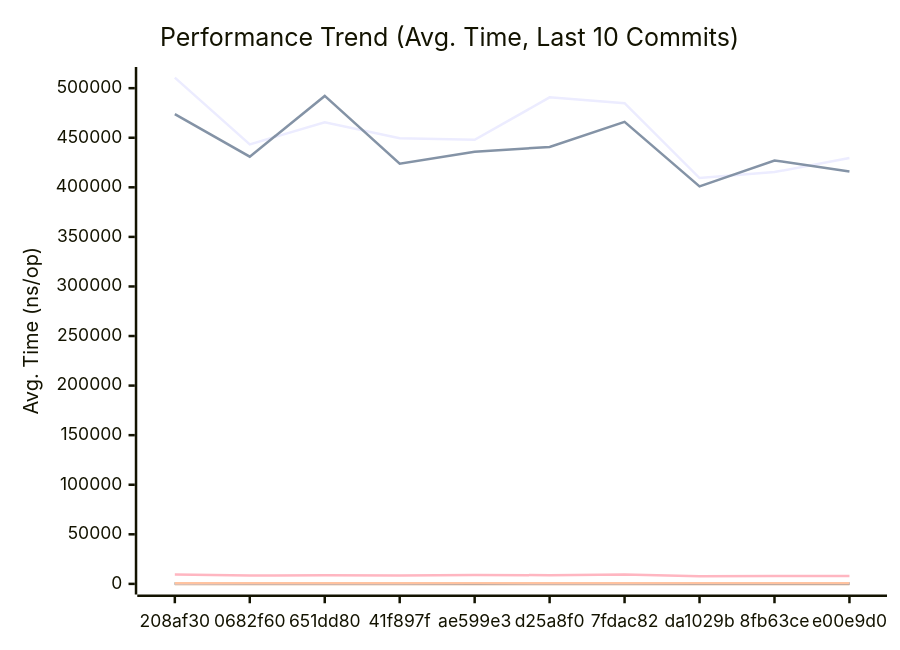
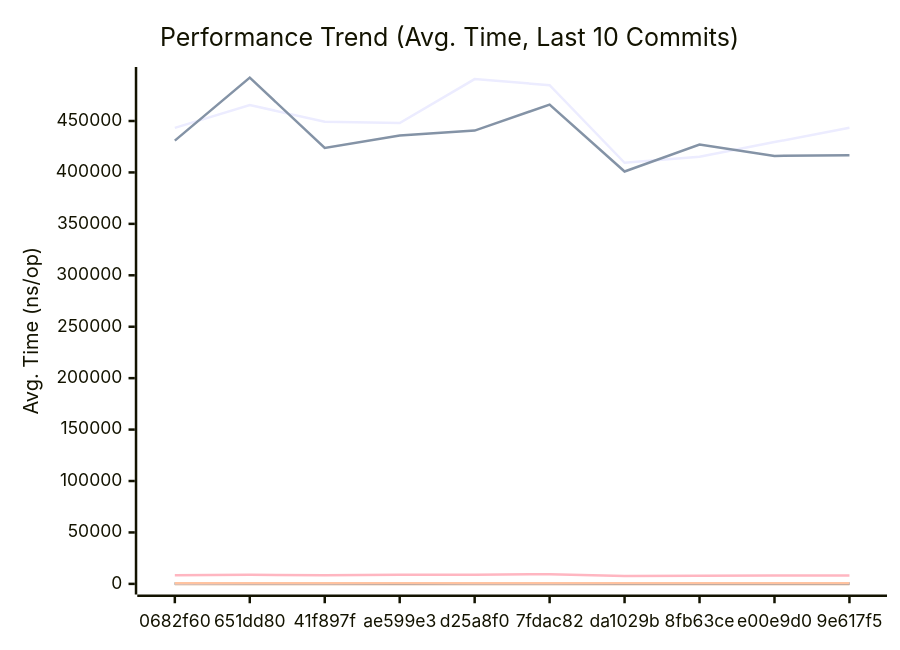
One commit to alsotoes/momo changed the first of 3 diagrams in docs/PERFORMANCE.md. Above: the diagram before and after it, drawn with Mermaid. The commit also changed other lines of this file and 1 other file, not shown here.

````diff
--- a/docs/PERFORMANCE.md
+++ b/docs/PERFORMANCE.md
@@ -145,20 +145,20 @@
 ```mermaid
 xychart-beta
     title "Performance Trend (Avg. Time, Last 10 Commits)"
     x-axis "Commit"
     y-axis "Avg. Time (ns/op)"
-    x-axis [208af30,0682f60,651dd80,41f897f,ae599e3,d25a8f0,7fdac82,da1029b,8fb63ce,e00e9d0]
-    line "AWSChunkedReaderSigned" [510634,443312,465495,449386,448000,490719,484836,409335,415353,429495]
-    line "AWSChunkedReaderUnsigned" [473850,430915,492166,423737,435828,440689,465971,400921,427097,416046]
-    line "CheckMetricsAndSwap" [10,9,8,8,9,8,10,7,8,8]
-    line "CrushOptimized" [377,292,388,386,330,354,427,297,293,318]
-    line "CrushOriginal" [535,424,557,423,425,439,459,396,411,411]
+    x-axis [0682f60,651dd80,41f897f,ae599e3,d25a8f0,7fdac82,da1029b,8fb63ce,e00e9d0,9e617f5]
+    line "AWSChunkedReaderSigned" [443312,465495,449386,448000,490719,484836,409335,415353,429495,443463]
+    line "AWSChunkedReaderUnsigned" [430915,492166,423737,435828,440689,465971,400921,427097,416046,416589]
+    line "CheckMetricsAndSwap" [9,8,8,9,8,10,7,8,8,7]
+    line "CrushOptimized" [292,388,386,330,354,427,297,293,318,318]
+    line "CrushOriginal" [424,557,423,425,439,459,396,411,411,409]
     line "IndexDirectTracking" [0,0,0,0,0,0,0,0,0,0]
-    line "IndexSearch" [3,3,3,2,2,2,2,2,2,2]
-    line "LoadGlobalConfig" [9520,8358,8807,8472,8919,8791,9473,7743,7862,8049]
-    line "PadString" [50,38,50,47,41,47,46,38,38,39]
+    line "IndexSearch" [3,3,2,2,2,2,2,2,2,2]
+    line "LoadGlobalConfig" [8358,8807,8472,8919,8791,9473,7743,7862,8049,8138]
+    line "PadString" [38,50,47,41,47,46,38,38,39,39]
     line "ParseReplicationOrder_NoPrealloc" [350,349,357,354,345,225,229,165,232,234]
     line "ParseReplicationOrder_Prealloc" [229,231,237,234,229,108,107,80,110,109]
-    line "SanitizeLog/Safe" [516,490,475,259,236,446,421,213,231,213]
-    line "SanitizeLog/Unsafe" [656,551,638,691,701,564,628,658,674,673]
+    line "SanitizeLog/Safe" [490,475,259,236,446,421,213,231,213,222]
+    line "SanitizeLog/Unsafe" [551,638,691,701,564,628,658,674,673,658]
 ```
````
